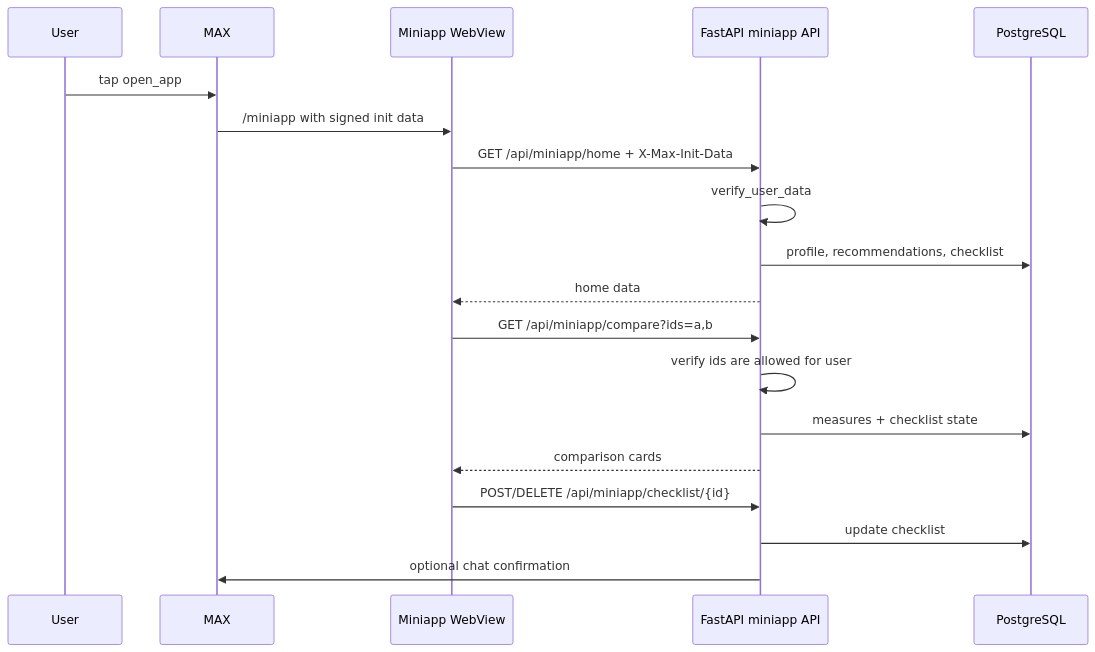
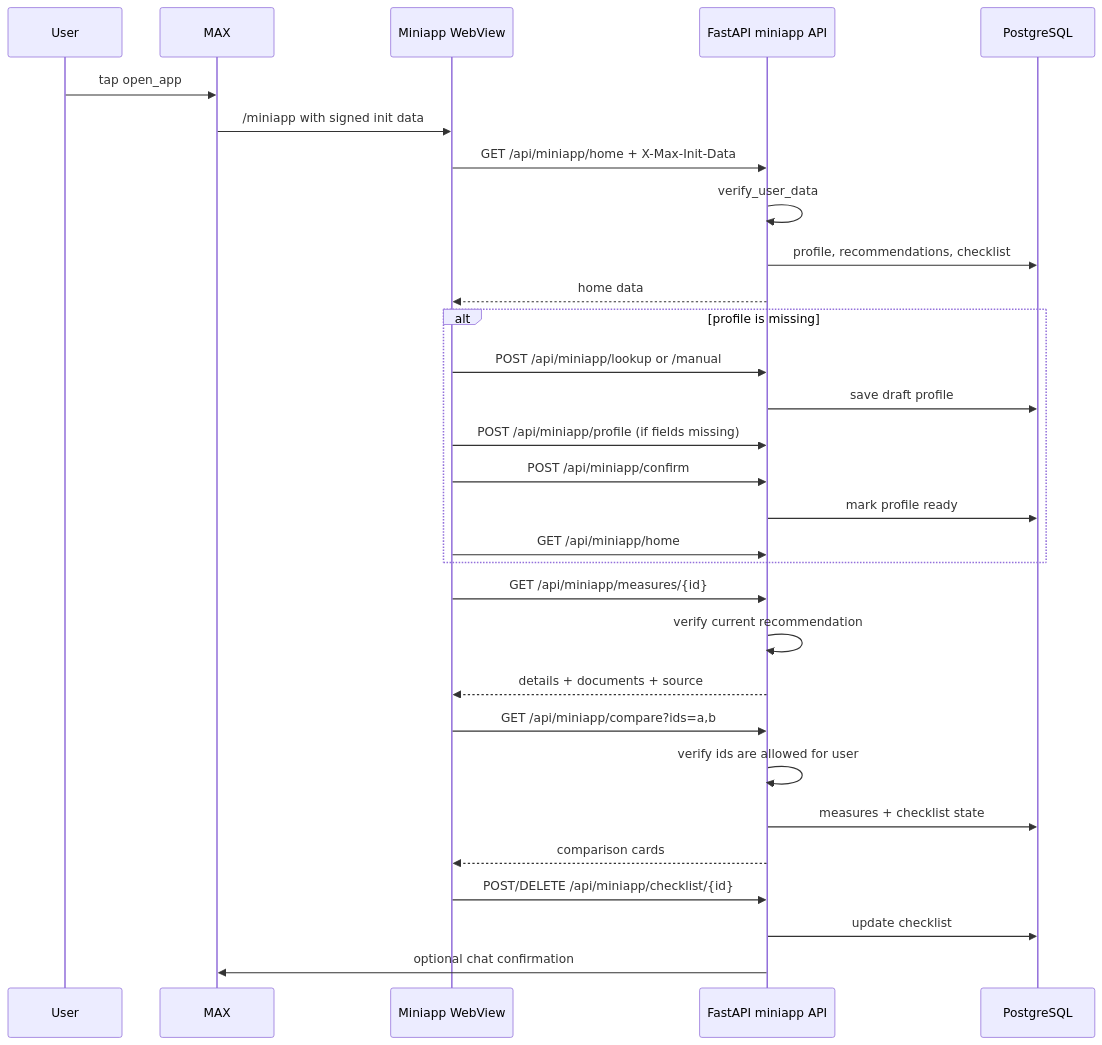
Before and after one commit to LaimOr127/HaK_Max_bot: the third of 3 diagrams in ARCHITECTURE.md, drawn with Mermaid. The commit also changed 8 other files, not shown here.

````diff
--- a/ARCHITECTURE.md
+++ b/ARCHITECTURE.md
@@ -134,22 +134,33 @@
 ```mermaid
 sequenceDiagram
     participant User
     participant MAX
     participant WebView as Miniapp WebView
     participant API as FastAPI miniapp API
     participant DB as PostgreSQL
 
     User->>MAX: tap open_app
     MAX->>WebView: /miniapp with signed init data
     WebView->>API: GET /api/miniapp/home + X-Max-Init-Data
     API->>API: verify_user_data
     API->>DB: profile, recommendations, checklist
     API-->>WebView: home data
+    alt profile is missing
+        WebView->>API: POST /api/miniapp/lookup or /manual
+        API->>DB: save draft profile
+        WebView->>API: POST /api/miniapp/profile (if fields missing)
+        WebView->>API: POST /api/miniapp/confirm
+        API->>DB: mark profile ready
+        WebView->>API: GET /api/miniapp/home
+    end
+    WebView->>API: GET /api/miniapp/measures/{id}
+    API->>API: verify current recommendation
+    API-->>WebView: details + documents + source
     WebView->>API: GET /api/miniapp/compare?ids=a,b
     API->>API: verify ids are allowed for user
     API->>DB: measures + checklist state
     API-->>WebView: comparison cards
     WebView->>API: POST/DELETE /api/miniapp/checklist/{id}
     API->>DB: update checklist
     API->>MAX: optional chat confirmation
 ```
````
